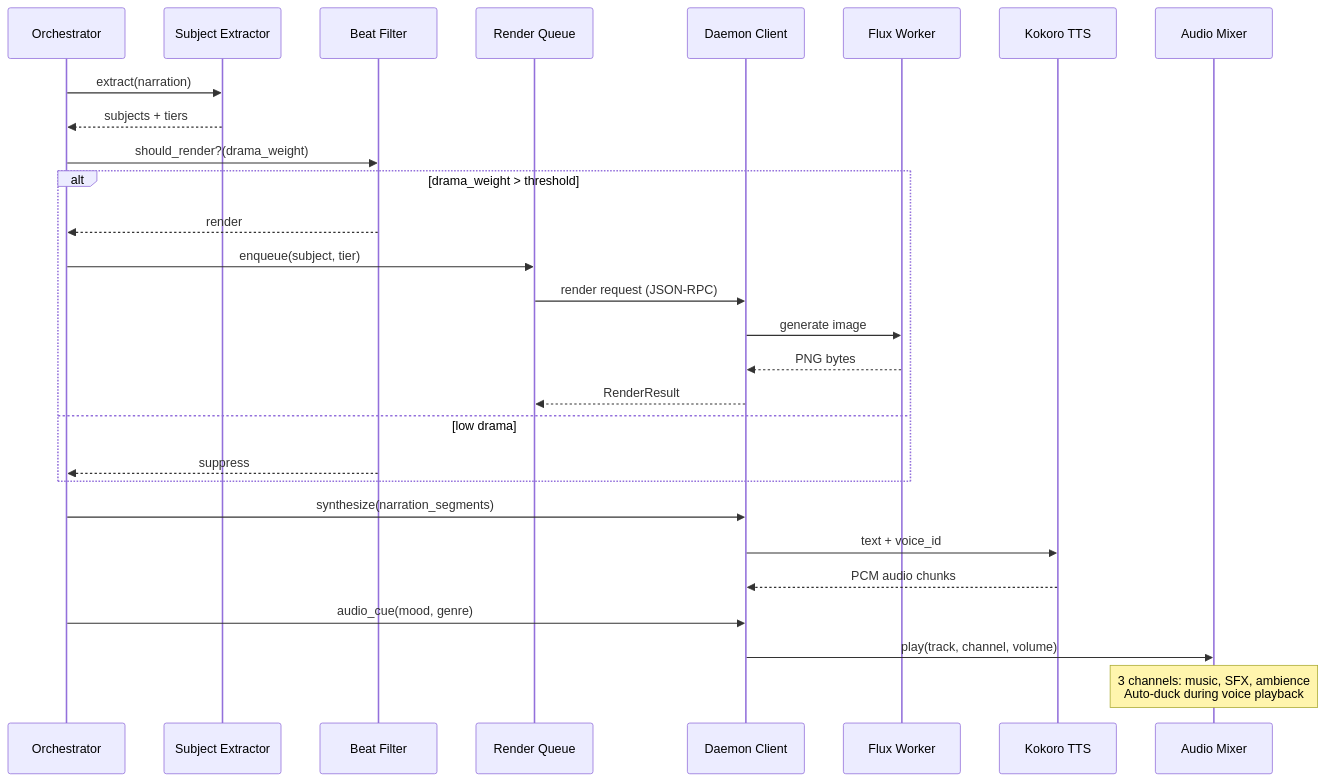
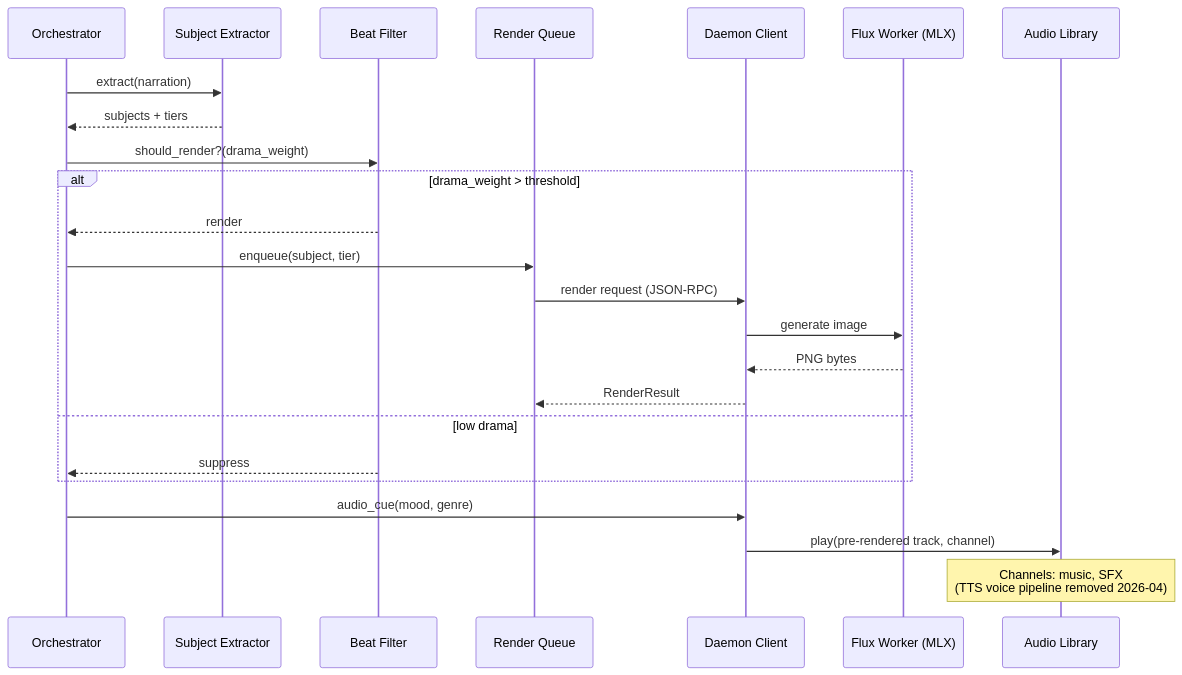
The fourth of 4 diagrams in docs/system-diagram.md (slabgorb/sidequest), drawn with Mermaid before and after one commit. The commit also changed other lines of this file and 8 other files, not shown here.

````diff
--- a/docs/system-diagram.md
+++ b/docs/system-diagram.md
@@ -148,34 +144,29 @@
 ```mermaid
 sequenceDiagram
     participant O as Orchestrator
     participant SE as Subject Extractor
     participant BF as Beat Filter
     participant RQ as Render Queue
     participant DC as Daemon Client
-    participant FX as Flux Worker
-    participant TTS as Kokoro TTS
-    participant MX as Audio Mixer
+    participant FX as Flux Worker (MLX)
+    participant MX as Audio Library
 
     O->>SE: extract(narration)
     SE-->>O: subjects + tiers
 
     O->>BF: should_render?(drama_weight)
     alt drama_weight > threshold
         BF-->>O: render
         O->>RQ: enqueue(subject, tier)
         RQ->>DC: render request (JSON-RPC)
         DC->>FX: generate image
         FX-->>DC: PNG bytes
         DC-->>RQ: RenderResult
     else low drama
         BF-->>O: suppress
     end
 
-    O->>DC: synthesize(narration_segments)
-    DC->>TTS: text + voice_id
-    TTS-->>DC: PCM audio chunks
-
     O->>DC: audio_cue(mood, genre)
-    DC->>MX: play(track, channel, volume)
-    Note over MX: 3 channels: music, SFX, ambience<br/>Auto-duck during voice playback
+    DC->>MX: play(pre-rendered track, channel)
+    Note over MX: Channels: music, SFX<br/>(TTS voice pipeline removed 2026-04)
 ```
````
